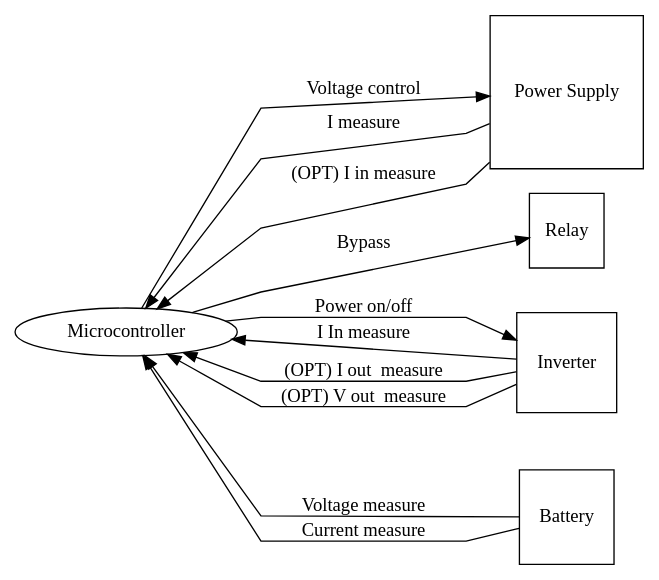
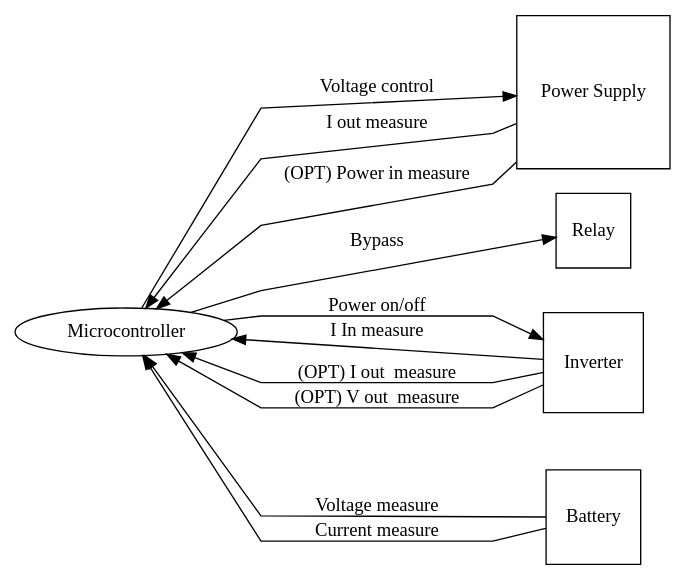
The diagram in docs/dot/UPSController.dot (eduardo-gomes/diy-ups), drawn with Graphviz before and after one commit. The commit also changed 3 other files, not shown here.

```diff
--- a/docs/dot/UPSController.dot
+++ b/docs/dot/UPSController.dot
@@ -1,25 +1,25 @@
 digraph UPSController{
 	rankdir=LR;
 	splines=polyline;
 	controller [label="Microcontroller"];
 	charger [label="Power Supply", shape="square"];
 	inverter [label="Inverter", shape="square"];
 	battery [label="Battery", shape="square"];
 	relay [label="Relay", shape="square"];
 
 
 	controller -> charger [label="Voltage control"];
-	charger -> controller [label="I measure"];
-	charger -> controller [label="(OPT) I in measure"];
+	charger -> controller [label="I out measure"];
+	charger -> controller [label="(OPT) Power in measure"];
 
 	inverter -> controller [label="I In measure"];
 	inverter -> controller [label="(OPT) I out  measure"];
 	inverter -> controller [label="(OPT) V out  measure"];
 	controller -> inverter [label="Power on/off"];
 
 	battery -> controller [label="Voltage measure"];
 	battery -> controller [label="Current measure"];
 	controller -> battery [style = invis];//Topological sorting
 
 	controller -> relay [label="Bypass"];
 }
```
